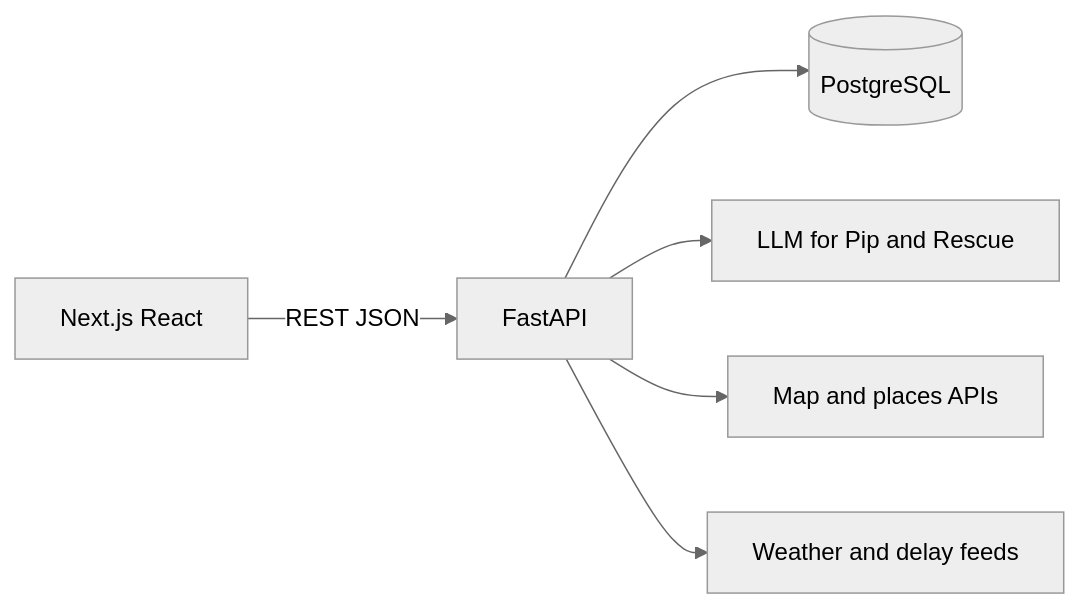
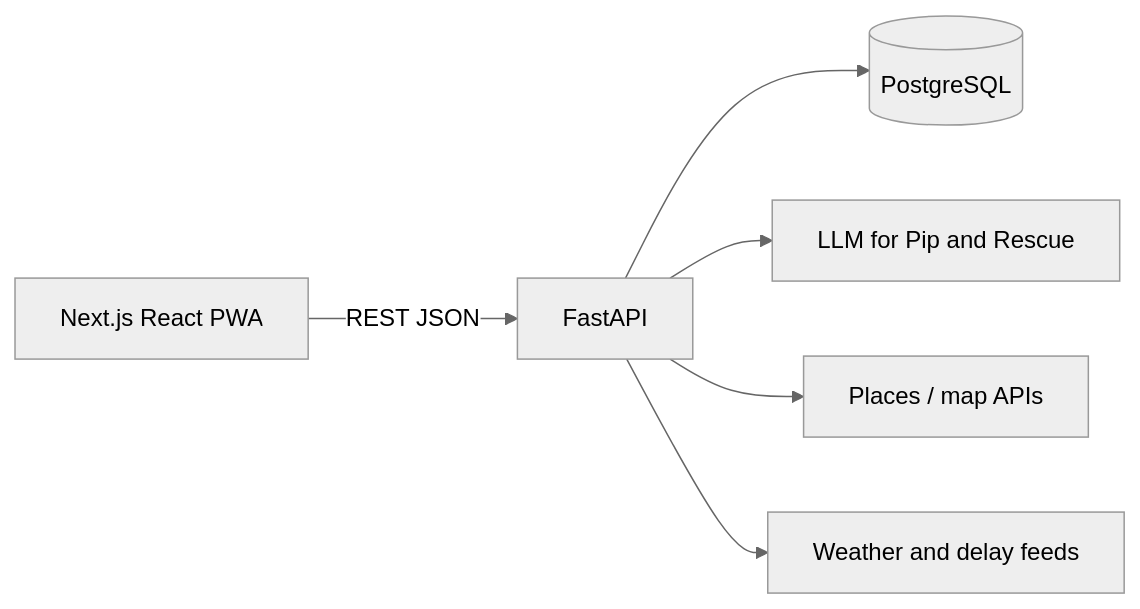
The third of 3 diagrams in README.md (SuYeeMyatMoe/EscapeSync_TravelPlanner), drawn with Mermaid (neutral theme) before and after one commit. The commit also changed other lines of this file and 5 other files, not shown here.

````diff
--- a/README.md
+++ b/README.md
@@ -373,14 +240,14 @@
 ```mermaid
 flowchart LR
-  nextApp[Next.js React]
+  nextApp[Next.js React PWA]
   api[FastAPI]
   db[(PostgreSQL)]
   llm[LLM for Pip and Rescue]
-  maps[Map and places APIs]
+  maps[Places / map APIs]
   weather[Weather and delay feeds]
   nextApp -->|REST JSON| api
   api --> db
   api --> llm
   api --> maps
   api --> weather
 ```
````
